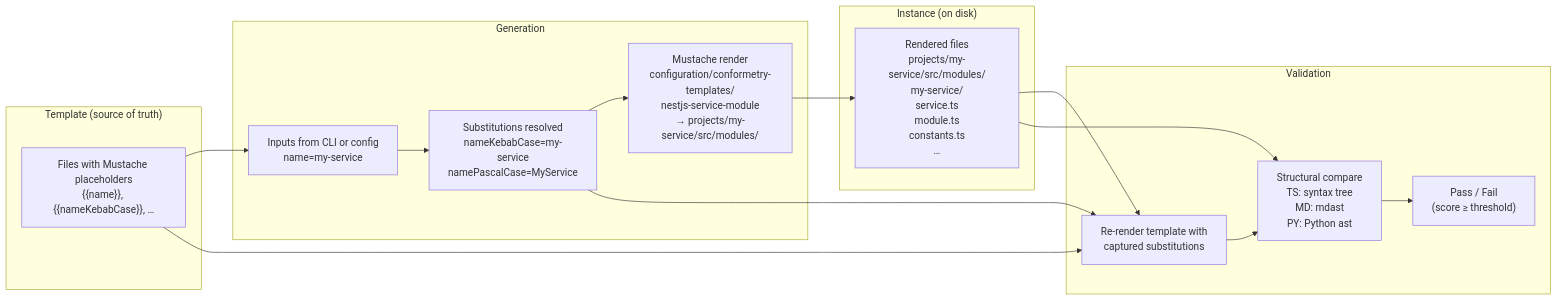
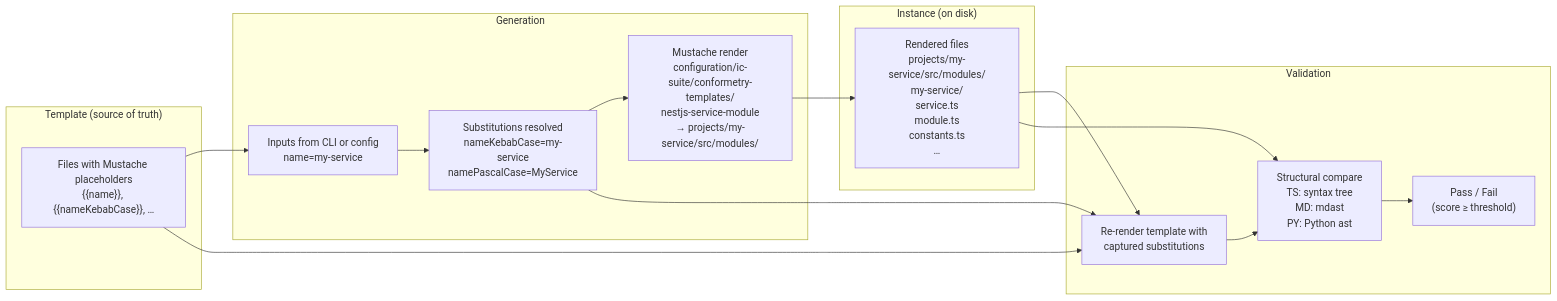
One commit to organizzolini/codebase changed the diagram in documentation/openwiki/concepts/generator-template-instance.md. Above: the diagram before and after it, drawn with Mermaid. The commit also changed other lines of this file and 74 other files, not shown here.

````diff
--- a/documentation/openwiki/concepts/generator-template-instance.md
+++ b/documentation/openwiki/concepts/generator-template-instance.md
@@ -30,34 +38,34 @@
 ```mermaid
 flowchart LR
     subgraph Template["Template (source of truth)"]
         TF["Files with Mustache placeholders\n{{name}}, {{nameKebabCase}}, …"]
     end
 
     subgraph Generate["Generation"]
         IN["Inputs from CLI or config\nname=my-service"]
         SUB["Substitutions resolved\nnameKebabCase=my-service\nnamePascalCase=MyService"]
-        RENDER["Mustache render\nconfiguration/conformetry-templates/\nnestjs-service-module\n→ projects/my-service/src/modules/"]
+        RENDER["Mustache render\nconfiguration/ic-suite/conformetry-templates/\nnestjs-service-module\n→ projects/my-service/src/modules/"]
     end
 
     subgraph Instance["Instance (on disk)"]
         IF["Rendered files\nprojects/my-service/src/modules/\nmy-service/\nservice.ts\nmodule.ts\nconstants.ts\n…"]
     end
 
     subgraph Validate["Validation"]
         RERENDER["Re-render template with\ncaptured substitutions"]
         COMPARE["Structural compare\nTS: syntax tree\nMD: mdast\nPY: Python ast"]
         RESULT["Pass / Fail\n(score ≥ threshold)"]
     end
 
     TF --> IN
     IN --> SUB
     SUB --> RENDER
     RENDER --> IF
 
     IF --> RERENDER
     TF --> RERENDER
     SUB --> RERENDER
     RERENDER --> COMPARE
     IF --> COMPARE
     COMPARE --> RESULT
 ```
````
